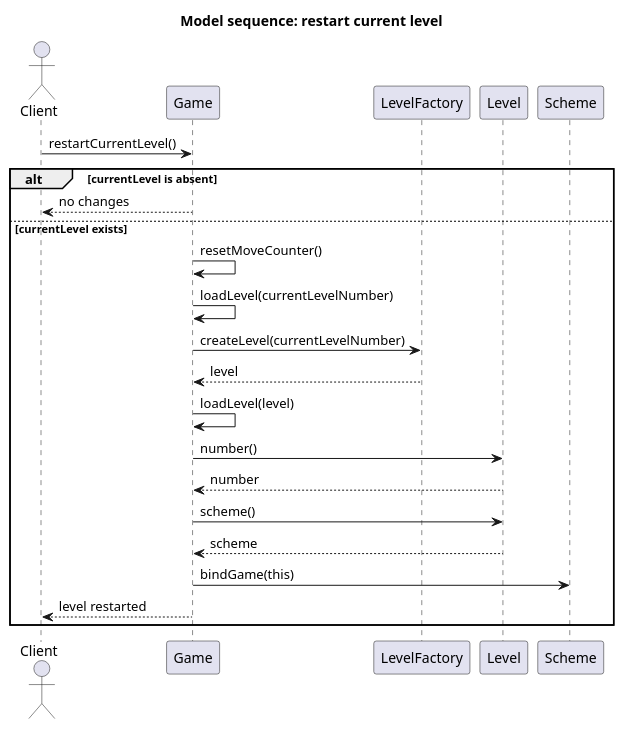
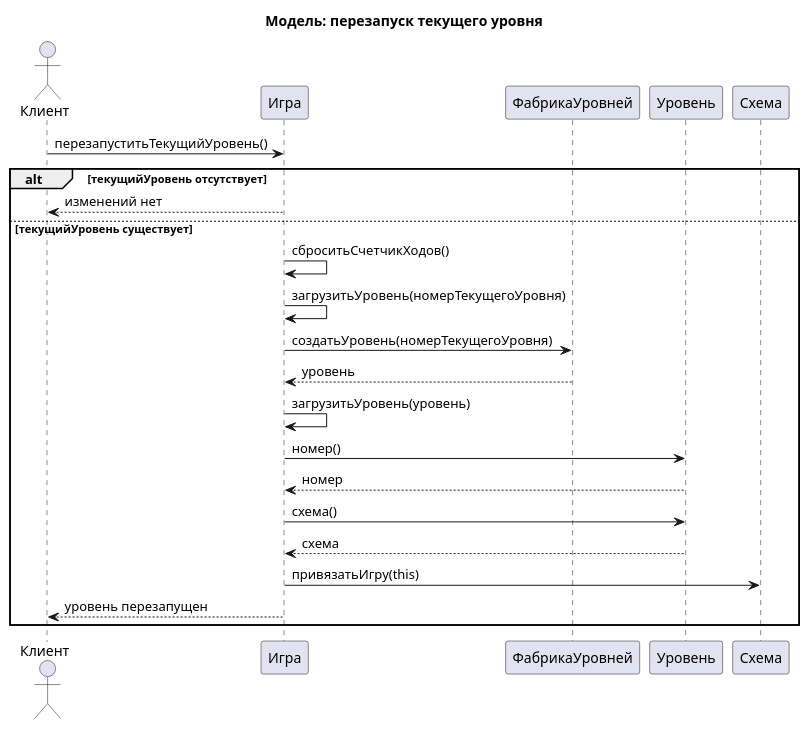
The diagram in diagrams/Model sequence diagrams/04 Restart current level.puml (dmitriyBreyfogel/Untangle), drawn with PlantUML before and after one commit. The commit also changed 21 other files, not shown here.

Commit message:
[diagrams] Переведены PlantUML диаграммы на русский

```diff
--- a/diagrams/Model sequence diagrams/04 Restart current level.puml
+++ b/diagrams/Model sequence diagrams/04 Restart current level.puml
@@ -1,27 +1,27 @@
 @startuml
-title Model sequence: restart current level
+title Модель: перезапуск текущего уровня
 
-actor Client
-participant "Game" as Game
-participant "LevelFactory" as LevelFactory
-participant "Level" as Level
-participant "Scheme" as Scheme
+actor Клиент
+participant "Игра" as Игра
+participant "ФабрикаУровней" as ФабрикаУровней
+participant "Уровень" as Уровень
+participant "Схема" as Схема
 
-Client -> Game : restartCurrentLevel()
-alt currentLevel is absent
-    Game --> Client : no changes
-else currentLevel exists
-    Game -> Game : resetMoveCounter()
-    Game -> Game : loadLevel(currentLevelNumber)
-    Game -> LevelFactory : createLevel(currentLevelNumber)
-    LevelFactory --> Game : level
-    Game -> Game : loadLevel(level)
-    Game -> Level : number()
-    Level --> Game : number
-    Game -> Level : scheme()
-    Level --> Game : scheme
-    Game -> Scheme : bindGame(this)
-    Game --> Client : level restarted
+Клиент -> Игра : перезапуститьТекущийУровень()
+alt текущийУровень отсутствует
+    Игра --> Клиент : изменений нет
+else текущийУровень существует
+    Игра -> Игра : сброситьСчетчикХодов()
+    Игра -> Игра : загрузитьУровень(номерТекущегоУровня)
+    Игра -> ФабрикаУровней : создатьУровень(номерТекущегоУровня)
+    ФабрикаУровней --> Игра : уровень
+    Игра -> Игра : загрузитьУровень(уровень)
+    Игра -> Уровень : номер()
+    Уровень --> Игра : номер
+    Игра -> Уровень : схема()
+    Уровень --> Игра : схема
+    Игра -> Схема : привязатьИгру(this)
+    Игра --> Клиент : уровень перезапущен
 end
 
 @enduml
```
